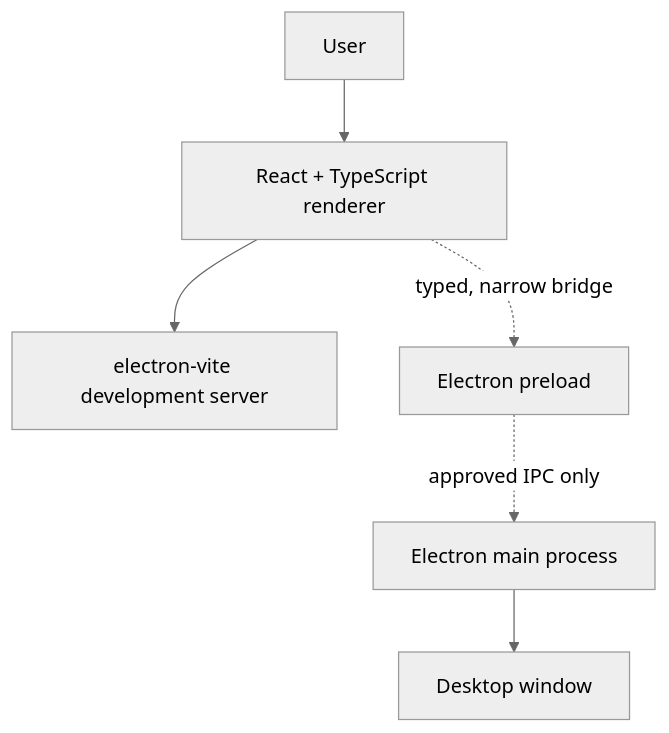
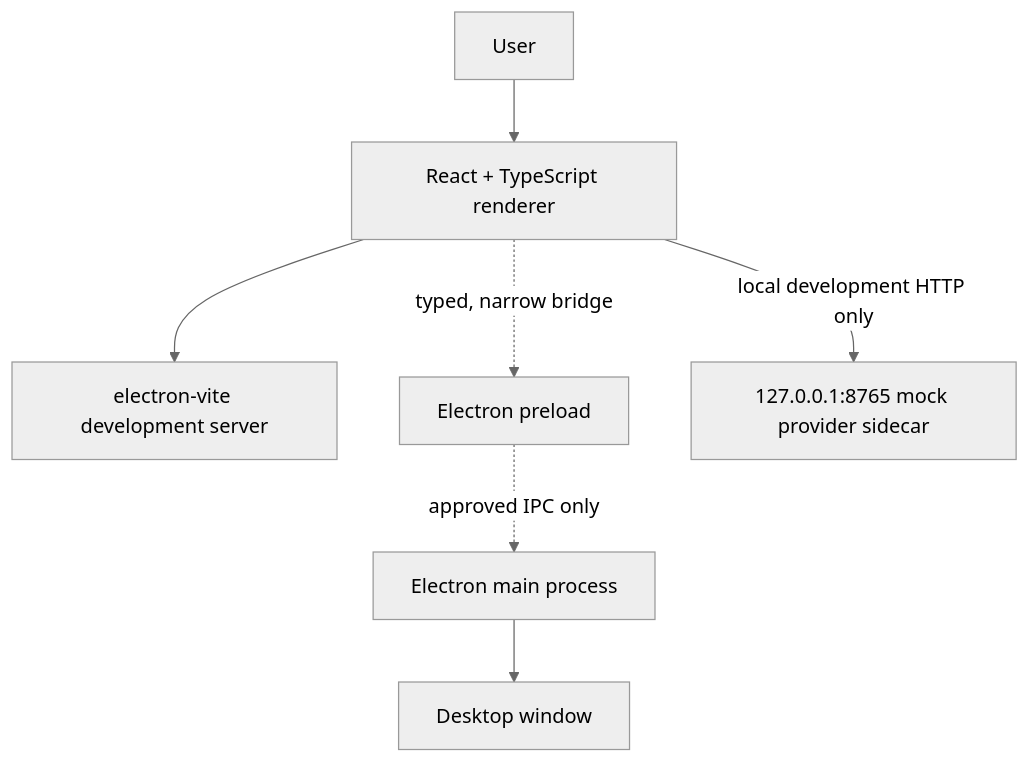
Before and after one commit to sdeepak20072004-hue/DIS-AI-Dev: the first of 2 diagrams in docs/ARCHITECTURE.md, drawn with Mermaid (neutral theme). The commit also changed other lines of this file, not shown here.

Commit message:
docs: update architecture for local Python sidecar

````diff
--- a/docs/ARCHITECTURE.md
+++ b/docs/ARCHITECTURE.md
@@ -9,8 +9,9 @@
 ```mermaid
 flowchart TD
   User[User] --> UI[React + TypeScript renderer]
   UI --> Vite[electron-vite development server]
   UI -. typed, narrow bridge .-> Preload[Electron preload]
   Preload -. approved IPC only .-> Main[Electron main process]
   Main --> Window[Desktop window]
+  UI -->|local development HTTP only| Python[127.0.0.1:8765 mock provider sidecar]
 ```
````
